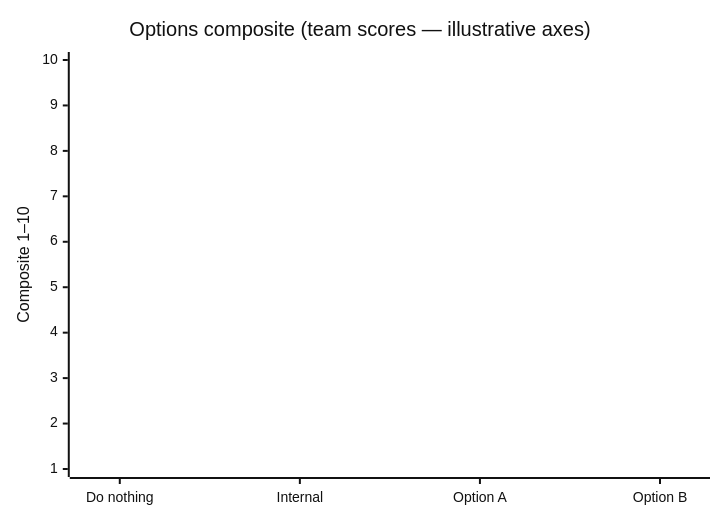
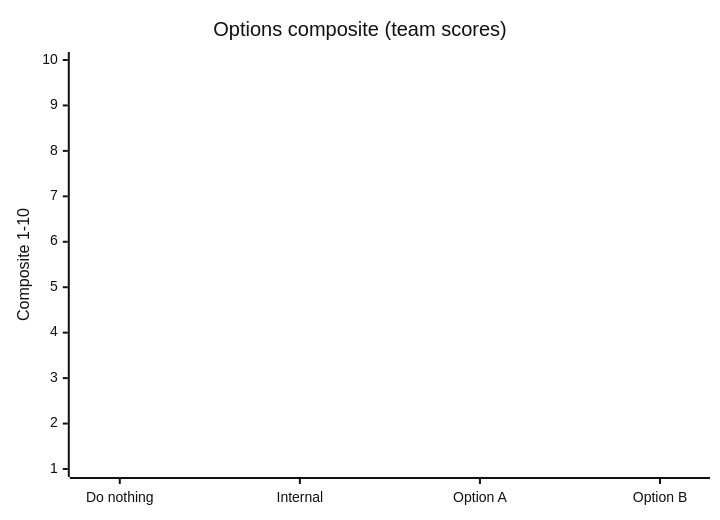
Before and after one commit to curatedhealth/vital-expert-marketplace: the diagram in vital-navigator-outcomes/skills/design-decision-exhibits/assets/options-matrix.md, drawn with Mermaid. The commit also changed other lines of this file and 61 other files, not shown here.

````diff
--- a/vital-navigator-outcomes/skills/design-decision-exhibits/assets/options-matrix.md
+++ b/vital-navigator-outcomes/skills/design-decision-exhibits/assets/options-matrix.md
@@ -26,8 +24,8 @@
 ```mermaid
 %%{init: {'theme': 'neutral'}}%%
 xychart-beta
-  title "Options composite (team scores — illustrative axes)"
+  title "Options composite (team scores)"
   x-axis ["Do nothing", "Internal", "Option A", "Option B"]
-  y-axis "Composite 1–10" 1 --> 10
+  y-axis "Composite 1-10" 1 --> 10
   bar [0, 0, 0, 0]
 ```
````
